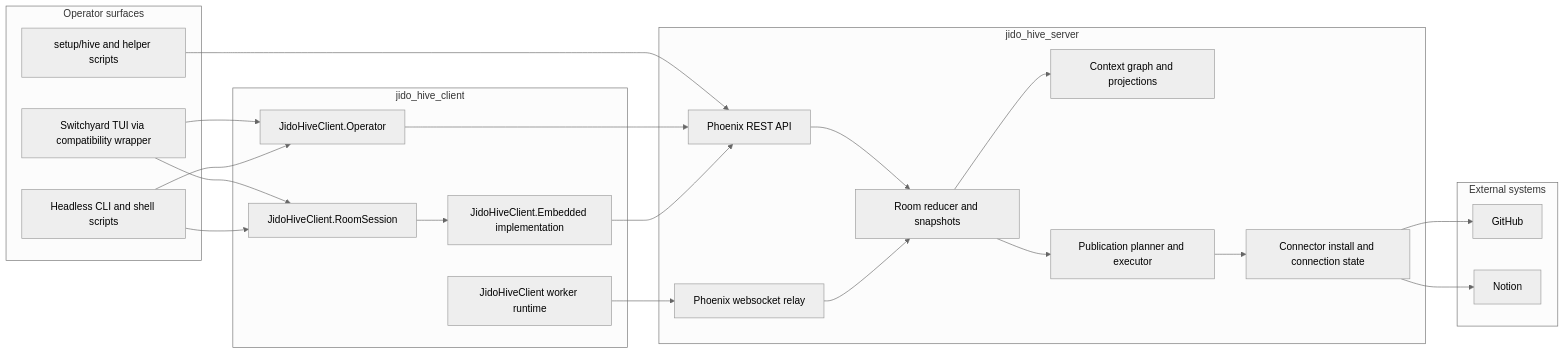
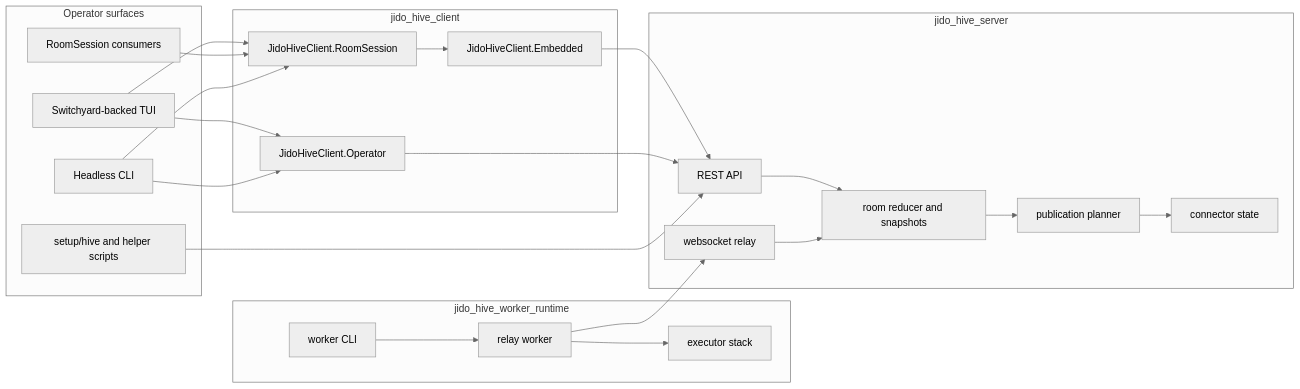
Before and after one commit to nshkrdotcom/jido_hive: the diagram in README.md, drawn with Mermaid (neutral theme). The commit also changed other lines of this file and 108 other files, not shown here.

Commit message:
Split operator client from worker runtime

````diff
--- a/README.md
+++ b/README.md
@@ -114,46 +109,46 @@
 ```mermaid
 flowchart LR
     subgraph Operator[Operator surfaces]
-      TUI[Switchyard TUI via compatibility wrapper]
-      Headless[Headless CLI and shell scripts]
-      Control[setup/hive and helper scripts]
+      Headless[Headless CLI]
+      Session[RoomSession consumers]
+      TUI[Switchyard-backed TUI]
+      Setup[setup/hive and helper scripts]
     end
 
     subgraph Client[jido_hive_client]
       OperatorAPI[JidoHiveClient.Operator]
-      Session[JidoHiveClient.RoomSession]
-      Worker[JidoHiveClient worker runtime]
-      Embedded[JidoHiveClient.Embedded implementation]
+      RoomSession[JidoHiveClient.RoomSession]
+      Embedded[JidoHiveClient.Embedded]
+    end
+
+    subgraph Workers[jido_hive_worker_runtime]
+      WorkerCLI[worker CLI]
+      RelayWorker[relay worker]
+      Executor[executor stack]
     end
 
     subgraph Server[jido_hive_server]
-      API[Phoenix REST API]
-      Relay[Phoenix websocket relay]
-      Rooms[Room reducer and snapshots]
-      Context[Context graph and projections]
-      Publish[Publication planner and executor]
-      Connectors[Connector install and connection state]
+      API[REST API]
+      Relay[websocket relay]
+      Rooms[room reducer and snapshots]
+      Publish[publication planner]
+      Connectors[connector state]
     end
 
-    subgraph External[External systems]
-      GitHub[GitHub]
-      Notion[Notion]
-    end
-
+    Headless --> OperatorAPI
+    Headless --> RoomSession
+    Session --> RoomSession
     TUI --> OperatorAPI
-    TUI --> Session
-    Headless --> OperatorAPI
-    Headless --> Session
-    Control --> API
-    Worker --> Relay
-    Session --> Embedded
+    TUI --> RoomSession
+    Setup --> API
+    RoomSession --> Embedded
     OperatorAPI --> API
     Embedded --> API
+    WorkerCLI --> RelayWorker
+    RelayWorker --> Relay
+    Relay --> Rooms
     API --> Rooms
-    Relay --> Rooms
-    Rooms --> Context
     Rooms --> Publish
     Publish --> Connectors
-    Connectors --> GitHub
-    Connectors --> Notion
+    RelayWorker --> Executor
 ```
````
